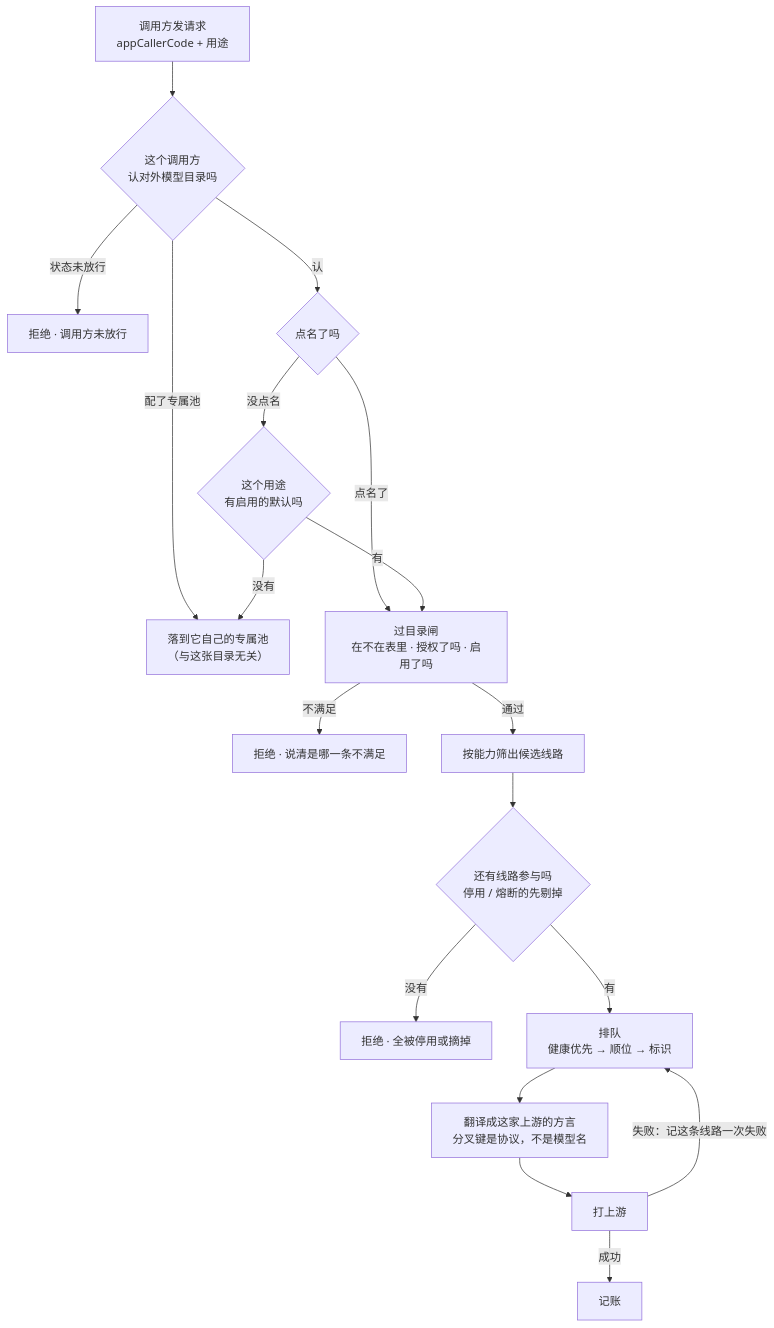
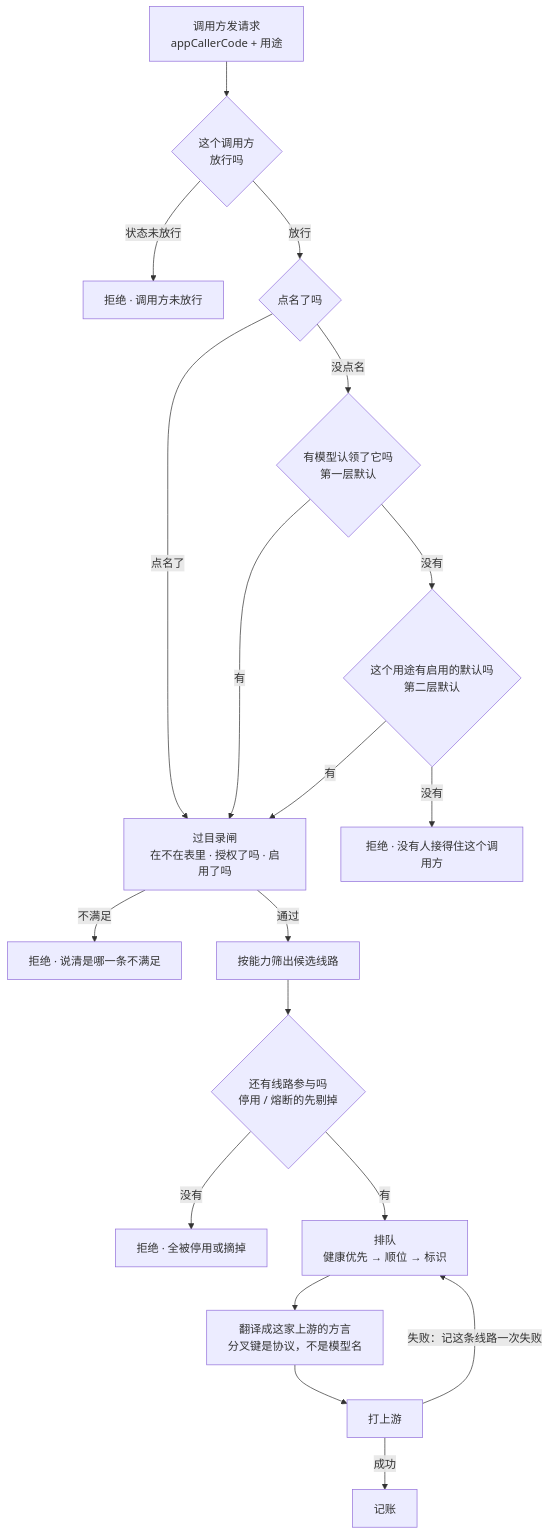
The second of 2 diagrams in doc/design.platform.llm-gateway.model-architecture.md (inernoro/prd_agent), drawn with Mermaid before and after one commit. The commit also changed other lines of this file and 11 other files, not shown here.

````diff
--- a/doc/design.platform.llm-gateway.model-architecture.md
+++ b/doc/design.platform.llm-gateway.model-architecture.md
@@ -96,20 +96,21 @@
 ```mermaid
 flowchart TD
-    REQ["调用方发请求<br/>appCallerCode + 用途"] --> REACH{"这个调用方<br/>认对外模型目录吗"}
-    REACH -->|"配了专属池"| POOL["落到它自己的专属池<br/>（与这张目录无关）"]
+    REQ["调用方发请求<br/>appCallerCode + 用途"] --> REACH{"这个调用方<br/>放行吗"}
     REACH -->|"状态未放行"| X1["拒绝 · 调用方未放行"]
-    REACH -->|"认"| NAMED{"点名了吗"}
+    REACH -->|"放行"| NAMED{"点名了吗"}
     NAMED -->|"点名了"| GATE["过目录闸<br/>在不在表里 · 授权了吗 · 启用了吗"]
-    NAMED -->|"没点名"| DEF{"这个用途<br/>有启用的默认吗"}
-    DEF -->|"没有"| POOL
+    NAMED -->|"没点名"| CLAIM{"有模型认领了它吗<br/>第一层默认"}
+    CLAIM -->|"有"| GATE
+    CLAIM -->|"没有"| DEF{"这个用途有启用的默认吗<br/>第二层默认"}
     DEF -->|"有"| GATE
+    DEF -->|"没有"| X0["拒绝 · 没有人接得住这个调用方"]
     GATE -->|"不满足"| X2["拒绝 · 说清是哪一条不满足"]
     GATE -->|"通过"| CAP["按能力筛出候选线路"]
     CAP --> PICK{"还有线路参与吗<br/>停用 / 熔断的先剔掉"}
     PICK -->|"没有"| X3["拒绝 · 全被停用或摘掉"]
     PICK -->|"有"| QUEUE["排队<br/>健康优先 → 顺位 → 标识"]
     QUEUE --> ADPT["翻译成这家上游的方言<br/>分叉键是协议，不是模型名"]
     ADPT --> CALL["打上游"]
     CALL -->|"失败：记这条线路一次失败"| QUEUE
     CALL -->|"成功"| LEDGER["记账"]
 ```
````
